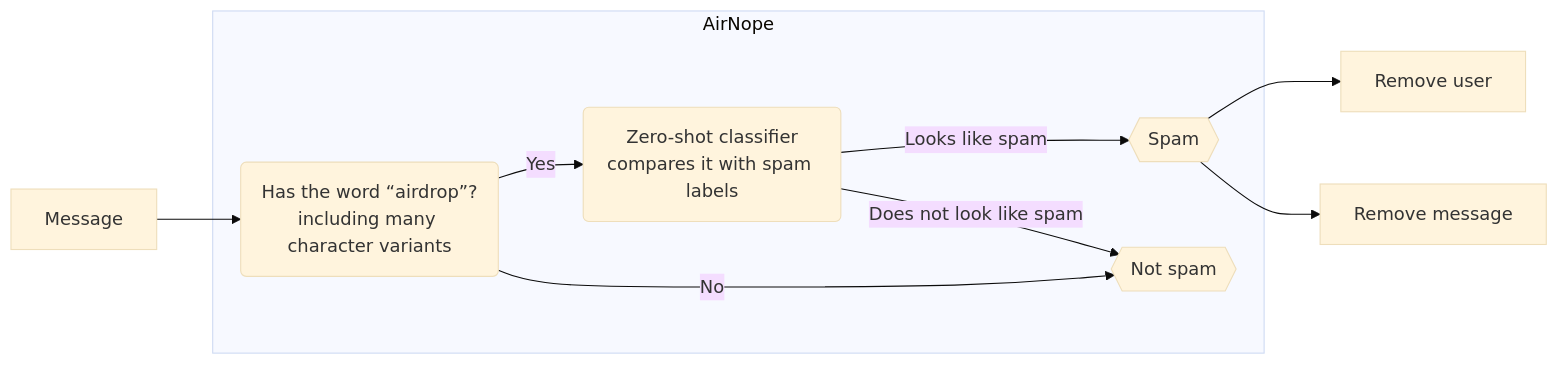
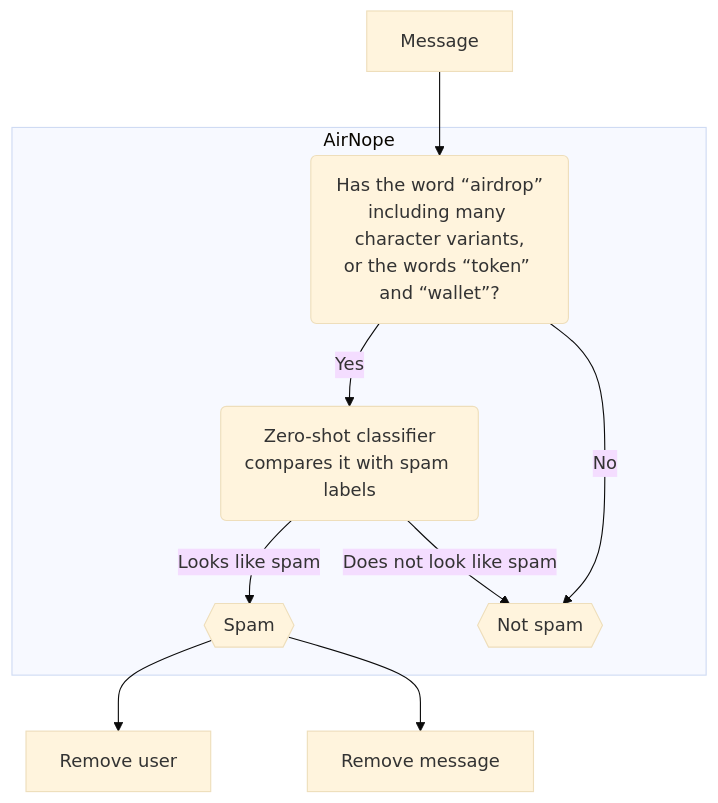
Before and after one commit to cuducos/airnope: the diagram in README.md, drawn with Mermaid (base theme). The commit also changed other lines of this file and 4 other files, not shown here.

````diff
--- a/README.md
+++ b/README.md
@@ -14,22 +14,23 @@
 ```mermaid
-flowchart LR
+flowchart TB
 
-MSG[Message] --> RE("Has the word “airdrop”?
-including many character variants")
+MSG[Message] --> RE("Has the word “airdrop”
+including many character variants,
+or the words “token” and “wallet”?")
 
 RE-->|Yes| ZSC("Zero-shot classifier
 compares it with spam labels")
 ZSC-->|Looks like spam| S{{Spam}}
 S--> RU[Remove user]
 S--> RM[Remove message]
 
 ZSC-->|Does not look like spam| NS
 RE-->|No| NS{{Not spam}}
 
 subgraph AirNope
     RE
     ZSC
     NS
     S
 end
 ```
````
